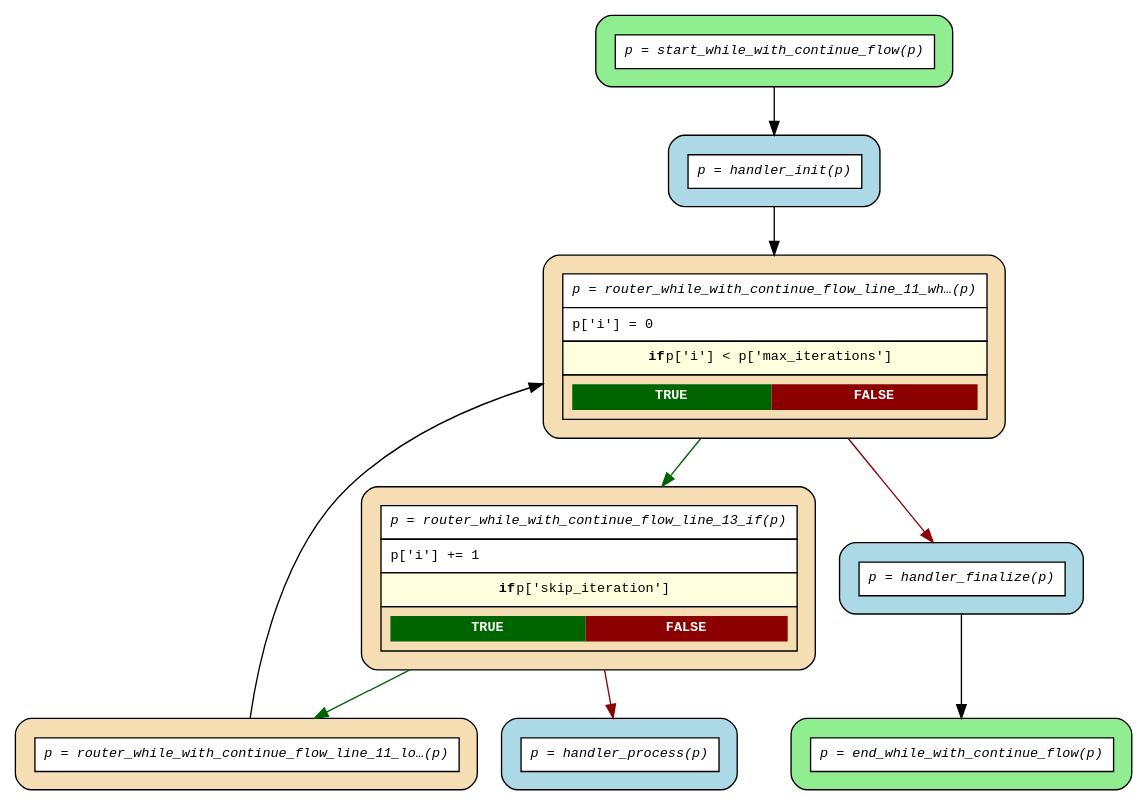
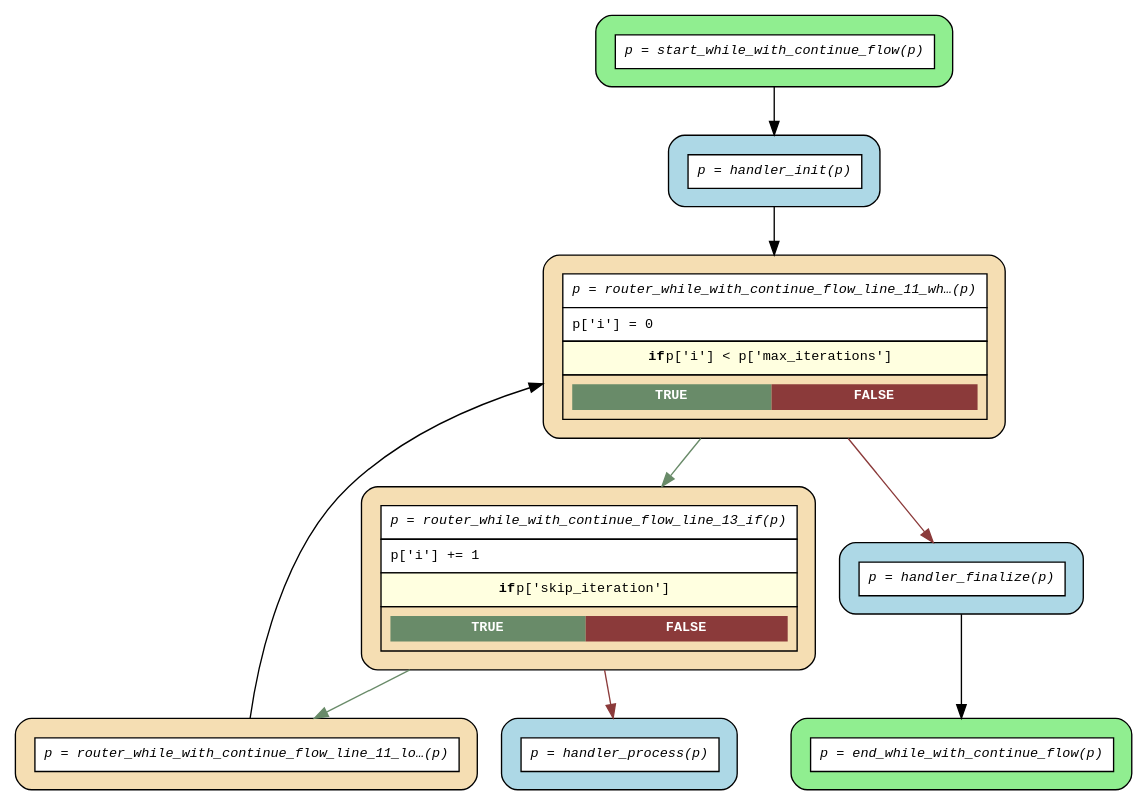
One commit to mrhillsman-enterprise-ai/asya changed the diagram in examples/flows/compiled/while_with_continue/flow.dot. Above: the diagram before and after it, drawn with Graphviz. The commit also changed 83 other files, not shown here.

First line of the commit message:
feat(flow): add try-except-finally support to Flow DSL compiler (#185)

```diff
--- a/examples/flows/compiled/while_with_continue/flow.dot
+++ b/examples/flows/compiled/while_with_continue/flow.dot
@@ -1,24 +1,24 @@
 digraph flow {
   rankdir=TB;
   graph [fontname="Courier", fontsize=10];
   node [fontname="Courier", fontsize=10, shape=box, style="filled,rounded", margin="0.2"];
   edge [fontname="Courier", fontsize=10];
 
   start_while_with_continue_flow [fillcolor="lightgreen", label=<<table border="0" cellspacing="0" cellpadding="6" cellborder="1"><tr><td bgcolor="white" align="center"><i>p = start_while_with_continue_flow(p)</i></td></tr></table>>];
-  router_while_with_continue_flow_line_13_if [fillcolor="wheat", label=<<table border="0" cellspacing="0" cellpadding="6" cellborder="1"><tr><td bgcolor="white" align="center"><i>p = router_while_with_continue_flow_line_13_if(p)</i></td></tr><tr><td bgcolor="white" align="left">p['i'] += 1</td></tr><tr><td bgcolor="lightyellow"><b>if</b> p['skip_iteration']</td></tr><tr><td><table border="0" cellspacing="0" cellpadding="4"><tr><td bgcolor="darkgreen"><font color="white"><b>TRUE</b></font></td><td bgcolor="darkred"><font color="white"><b>FALSE</b></font></td></tr></table></td></tr></table>>];
+  router_while_with_continue_flow_line_13_if [fillcolor="wheat", label=<<table border="0" cellspacing="0" cellpadding="6" cellborder="1"><tr><td bgcolor="white" align="center"><i>p = router_while_with_continue_flow_line_13_if(p)</i></td></tr><tr><td bgcolor="white" align="left">p['i'] += 1</td></tr><tr><td bgcolor="lightyellow"><b>if</b> p['skip_iteration']</td></tr><tr><td><table border="0" cellspacing="0" cellpadding="4"><tr><td bgcolor="darkseagreen4"><font color="white"><b>TRUE</b></font></td><td bgcolor="indianred4"><font color="white"><b>FALSE</b></font></td></tr></table></td></tr></table>>];
   router_while_with_continue_flow_line_11_loop_back_0 [fillcolor="wheat", label=<<table border="0" cellspacing="0" cellpadding="6" cellborder="1"><tr><td bgcolor="white" align="center"><i>p = router_while_with_continue_flow_line_11_lo…(p)</i></td></tr></table>>];
-  router_while_with_continue_flow_line_11_while_0 [fillcolor="wheat", label=<<table border="0" cellspacing="0" cellpadding="6" cellborder="1"><tr><td bgcolor="white" align="center"><i>p = router_while_with_continue_flow_line_11_wh…(p)</i></td></tr><tr><td bgcolor="white" align="left">p['i'] = 0</td></tr><tr><td bgcolor="lightyellow"><b>if</b> p['i'] &lt; p['max_iterations']</td></tr><tr><td><table border="0" cellspacing="0" cellpadding="4"><tr><td bgcolor="darkgreen"><font color="white"><b>TRUE</b></font></td><td bgcolor="darkred"><font color="white"><b>FALSE</b></font></td></tr></table></td></tr></table>>];
+  router_while_with_continue_flow_line_11_while_0 [fillcolor="wheat", label=<<table border="0" cellspacing="0" cellpadding="6" cellborder="1"><tr><td bgcolor="white" align="center"><i>p = router_while_with_continue_flow_line_11_wh…(p)</i></td></tr><tr><td bgcolor="white" align="left">p['i'] = 0</td></tr><tr><td bgcolor="lightyellow"><b>if</b> p['i'] &lt; p['max_iterations']</td></tr><tr><td><table border="0" cellspacing="0" cellpadding="4"><tr><td bgcolor="darkseagreen4"><font color="white"><b>TRUE</b></font></td><td bgcolor="indianred4"><font color="white"><b>FALSE</b></font></td></tr></table></td></tr></table>>];
   end_while_with_continue_flow [fillcolor="lightgreen", label=<<table border="0" cellspacing="0" cellpadding="6" cellborder="1"><tr><td bgcolor="white" align="center"><i>p = end_while_with_continue_flow(p)</i></td></tr></table>>];
   handler_finalize [fillcolor="lightblue", label=<<table border="0" cellspacing="0" cellpadding="6" cellborder="1"><tr><td bgcolor="white" align="center"><i>p = handler_finalize(p)</i></td></tr></table>>];
   handler_init [fillcolor="lightblue", label=<<table border="0" cellspacing="0" cellpadding="6" cellborder="1"><tr><td bgcolor="white" align="center"><i>p = handler_init(p)</i></td></tr></table>>];
   handler_process [fillcolor="lightblue", label=<<table border="0" cellspacing="0" cellpadding="6" cellborder="1"><tr><td bgcolor="white" align="center"><i>p = handler_process(p)</i></td></tr></table>>];
 
   handler_finalize -> end_while_with_continue_flow;
   handler_init -> router_while_with_continue_flow_line_11_while_0;
   router_while_with_continue_flow_line_11_loop_back_0 -> router_while_with_continue_flow_line_11_while_0 [constraint=false];
-  router_while_with_continue_flow_line_11_while_0 -> handler_finalize [color=darkred];
-  router_while_with_continue_flow_line_11_while_0 -> router_while_with_continue_flow_line_13_if [color=darkgreen];
-  router_while_with_continue_flow_line_13_if -> handler_process [color=darkred];
-  router_while_with_continue_flow_line_13_if -> router_while_with_continue_flow_line_11_loop_back_0 [color=darkgreen];
+  router_while_with_continue_flow_line_11_while_0 -> handler_finalize [color=indianred4];
+  router_while_with_continue_flow_line_11_while_0 -> router_while_with_continue_flow_line_13_if [color=darkseagreen4];
+  router_while_with_continue_flow_line_13_if -> handler_process [color=indianred4];
+  router_while_with_continue_flow_line_13_if -> router_while_with_continue_flow_line_11_loop_back_0 [color=darkseagreen4];
   start_while_with_continue_flow -> handler_init;
 }
```
